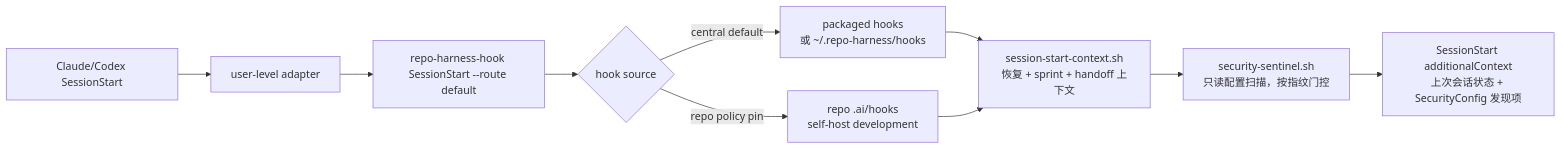
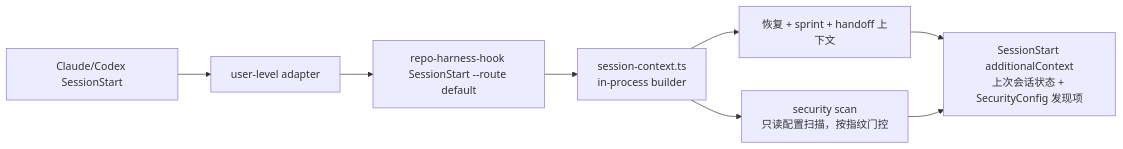
Before and after one commit to Ancienttwo/repo-harness: the second of 3 diagrams in README.zh-CN.md, drawn with Mermaid. The commit also changed other lines of this file and 36 other files, not shown here.

First line of the commit message:
feat(hook): consolidate SessionStart into the in-process session-context builder (HRD-04) (#98)

````diff
--- a/README.zh-CN.md
+++ b/README.zh-CN.md
@@ -405,12 +405,10 @@
 ```mermaid
 flowchart LR
   SessionStart["Claude/Codex SessionStart"] --> Adapter["user-level adapter"]
   Adapter --> Entry["repo-harness-hook SessionStart --route default"]
-  Entry --> Source{"hook source"}
-  Source -->|central default| Central["packaged hooks<br/>或 ~/.repo-harness/hooks"]
-  Source -->|repo policy pin| Repo["repo .ai/hooks<br/>self-host development"]
-  Central --> Ctx["session-start-context.sh<br/>恢复 + sprint + handoff 上下文"]
-  Repo --> Ctx
-  Ctx --> Sec["security-sentinel.sh<br/>只读配置扫描，按指纹门控"]
-  Sec --> SSOut["SessionStart additionalContext<br/>上次会话状态 + SecurityConfig 发现项"]
+  Entry --> Ctx["session-context.ts<br/>in-process builder"]
+  Ctx --> Resume["恢复 + sprint + handoff 上下文"]
+  Ctx --> Sec["security scan<br/>只读配置扫描，按指纹门控"]
+  Resume --> SSOut["SessionStart additionalContext<br/>上次会话状态 + SecurityConfig 发现项"]
+  Sec --> SSOut
 ```
````
